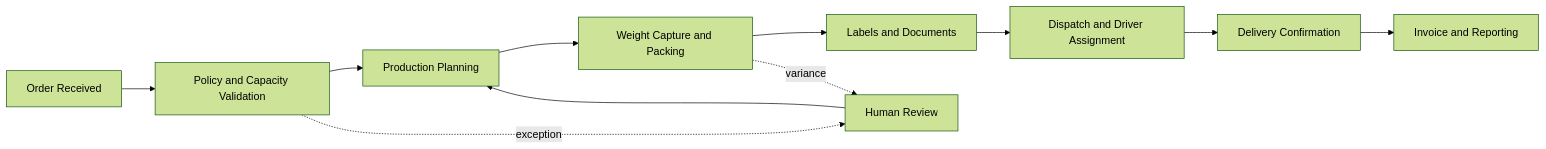
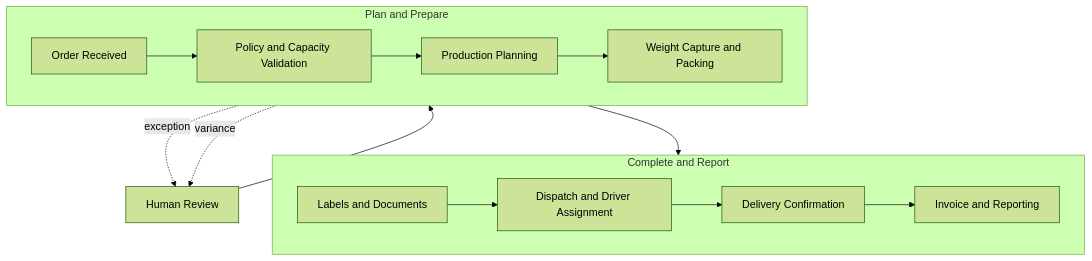
Before and after one commit to ShuaibSahib2017/meatorderpro-showcase: the second of 2 diagrams in README.md, drawn with Mermaid (forest theme). The commit also changed other lines of this file, not shown here.

Commit message:
docs: improve diagram readability

````diff
--- a/README.md
+++ b/README.md
@@ -67,14 +75,22 @@
 ```mermaid
-flowchart LR
-    ORDER[Order Received] --> VALIDATE[Policy and Capacity Validation]
-    VALIDATE --> PLAN[Production Planning]
-    PLAN --> PACK[Weight Capture and Packing]
-    PACK --> LABEL[Labels and Documents]
-    LABEL --> DISPATCH[Dispatch and Driver Assignment]
-    DISPATCH --> DELIVERY[Delivery Confirmation]
-    DELIVERY --> FINANCE[Invoice and Reporting]
+flowchart TB
+    subgraph Prepare[Plan and Prepare]
+        direction LR
+        ORDER[Order Received] --> VALIDATE[Policy and Capacity Validation]
+        VALIDATE --> PLAN[Production Planning]
+        PLAN --> PACK[Weight Capture and Packing]
+    end
+
+    subgraph Complete[Complete and Report]
+        direction LR
+        LABEL[Labels and Documents] --> DISPATCH[Dispatch and Driver Assignment]
+        DISPATCH --> DELIVERY[Delivery Confirmation]
+        DELIVERY --> FINANCE[Invoice and Reporting]
+    end
+
+    PACK --> LABEL
 
     VALIDATE -. exception .-> REVIEW[Human Review]
     PACK -. variance .-> REVIEW
     REVIEW --> PLAN
 ```
````
